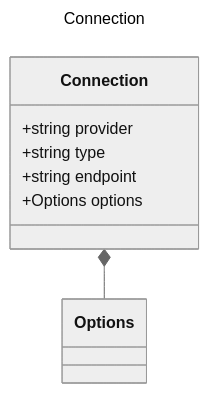
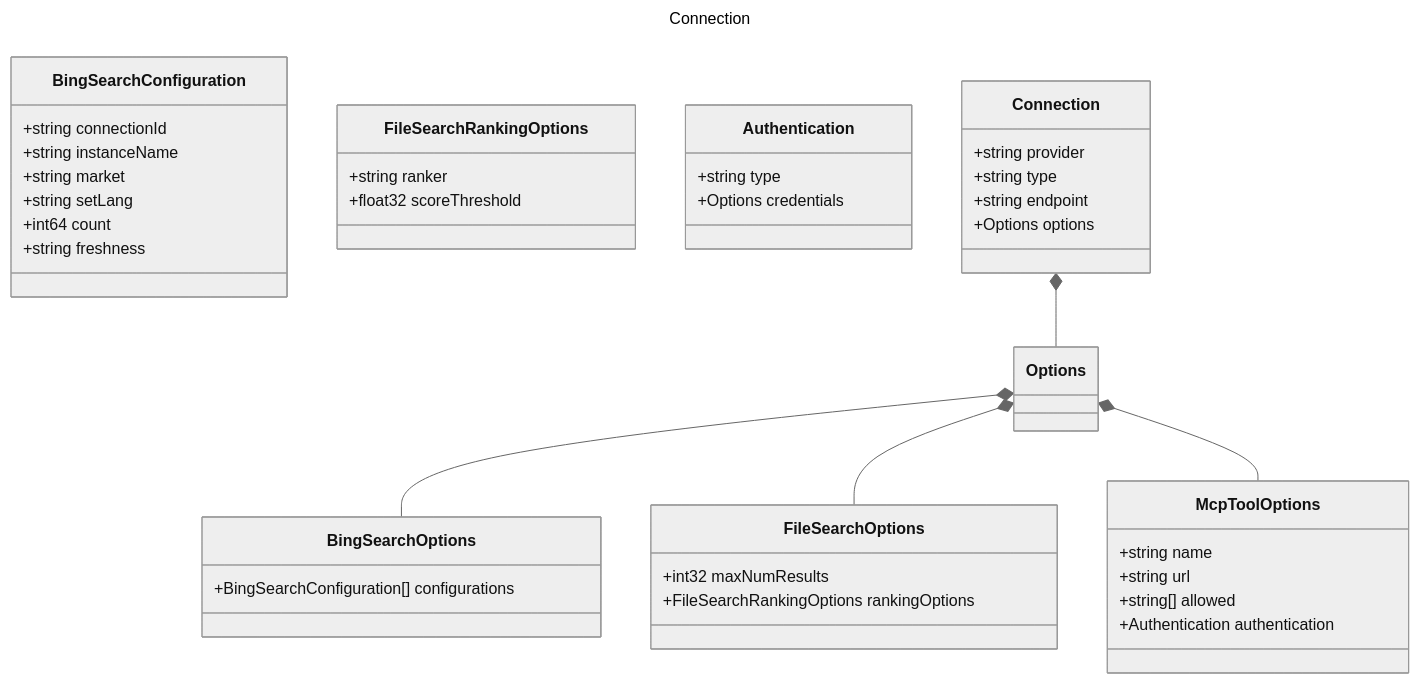
One commit to microsoft/prompty changed the diagram in specification/prompty/docs/Connection.md. Above: the diagram before and after it, drawn with Mermaid (neutral theme). The commit also changed 14 other files, not shown here.

````diff
--- a/specification/prompty/docs/Connection.md
+++ b/specification/prompty/docs/Connection.md
@@ -9,13 +9,47 @@
 ```mermaid
 ---
 title: Connection
 ---
 classDiagram
+    class Options {
+    }
+    class BingSearchConfiguration {
+        +string connectionId
+        +string instanceName
+        +string market
+        +string setLang
+        +int64 count
+        +string freshness
+    }
+    class BingSearchOptions {
+        +BingSearchConfiguration[] configurations
+    }
+    class FileSearchRankingOptions {
+        +string ranker
+        +float32 scoreThreshold
+    }
+    class FileSearchOptions {
+        +int32 maxNumResults
+        +FileSearchRankingOptions rankingOptions
+    }
+    class Authentication {
+        +string type
+        +Options credentials
+    }
+    class McpToolOptions {
+        +string name
+        +string url
+        +string[] allowed
+        +Authentication authentication
+    }
     class Connection {
         +string provider
         +string type
         +string endpoint
         +Options options
     }
     Connection *-- Options
+    Options *-- BingSearchOptions
+    Options *-- FileSearchOptions
+    Options *-- McpToolOptions
 ```
````
